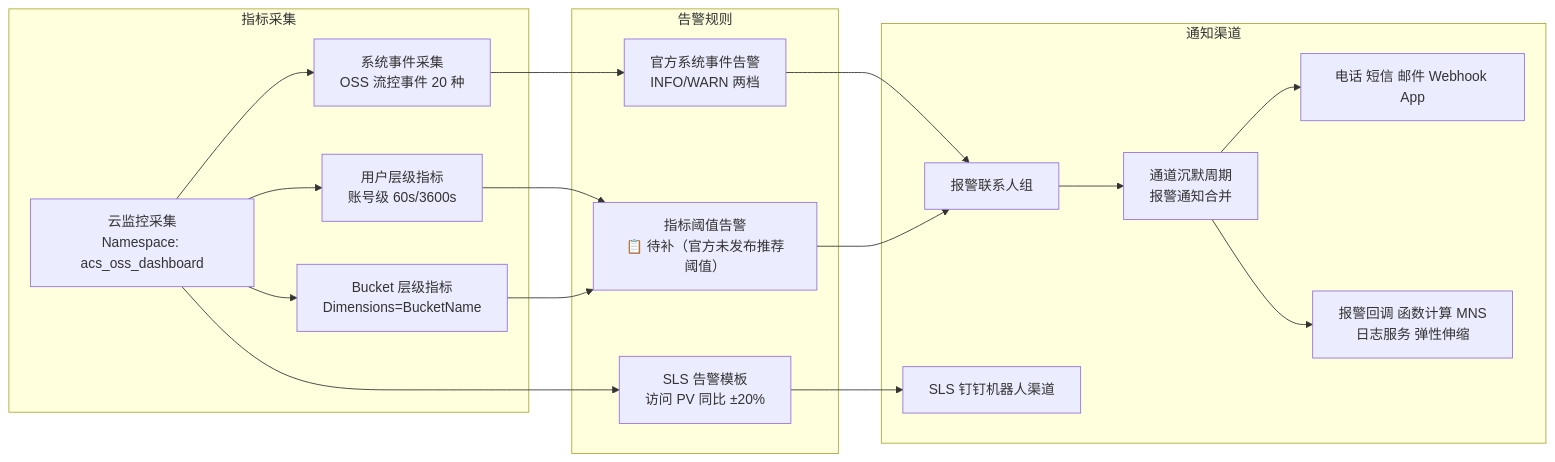
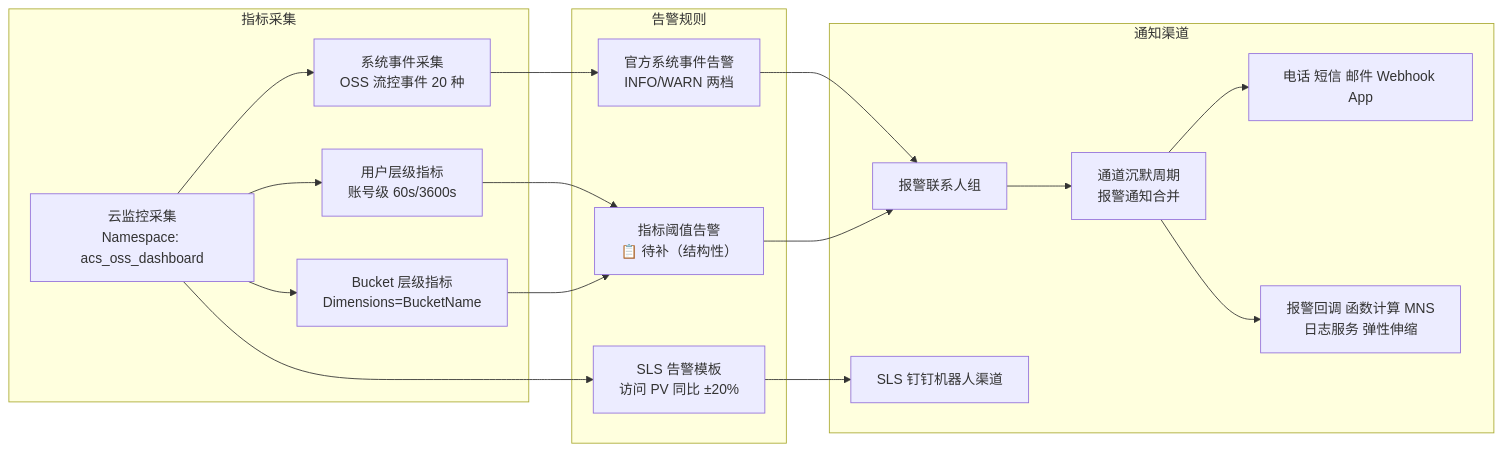
The diagram in products/oss/09-监控与告警.md (kudig-io/checky), drawn with Mermaid before and after one commit. The commit also changed other lines of this file and 103 other files, not shown here.

````diff
--- a/products/oss/09-监控与告警.md
+++ b/products/oss/09-监控与告警.md
@@ -7,34 +7,34 @@
 ```mermaid
 flowchart LR
   subgraph S1["指标采集"]
     A1["云监控采集<br/>Namespace: acs_oss_dashboard"]
     A2["用户层级指标<br/>账号级 60s/3600s"]
     A3["Bucket 层级指标<br/>Dimensions=BucketName"]
     A4["系统事件采集<br/>OSS 流控事件 20 种"]
   end
   subgraph S2["告警规则"]
     B1["官方系统事件告警<br/>INFO/WARN 两档"]
     B2["SLS 告警模板<br/>访问 PV 同比 ±20%"]
-    B3["指标阈值告警<br/>📋 待补（官方未发布推荐阈值）"]
+    B3["指标阈值告警<br/>📋 待补（结构性）"]
   end
   subgraph S3["通知渠道"]
     C2["报警联系人组"]
     C5["通道沉默周期<br/>报警通知合并"]
     C1["电话 短信 邮件 Webhook App"]
     C3["报警回调 函数计算 MNS<br/>日志服务 弹性伸缩"]
     C4["SLS 钉钉机器人渠道"]
   end
   A1 --> A2
   A1 --> A3
   A1 --> A4
   A4 --> B1
   A1 --> B2
   A2 --> B3
   A3 --> B3
   B1 --> C2
   B3 --> C2
   C2 --> C5
   C5 --> C1
   C5 --> C3
   B2 --> C4
 ```
````
